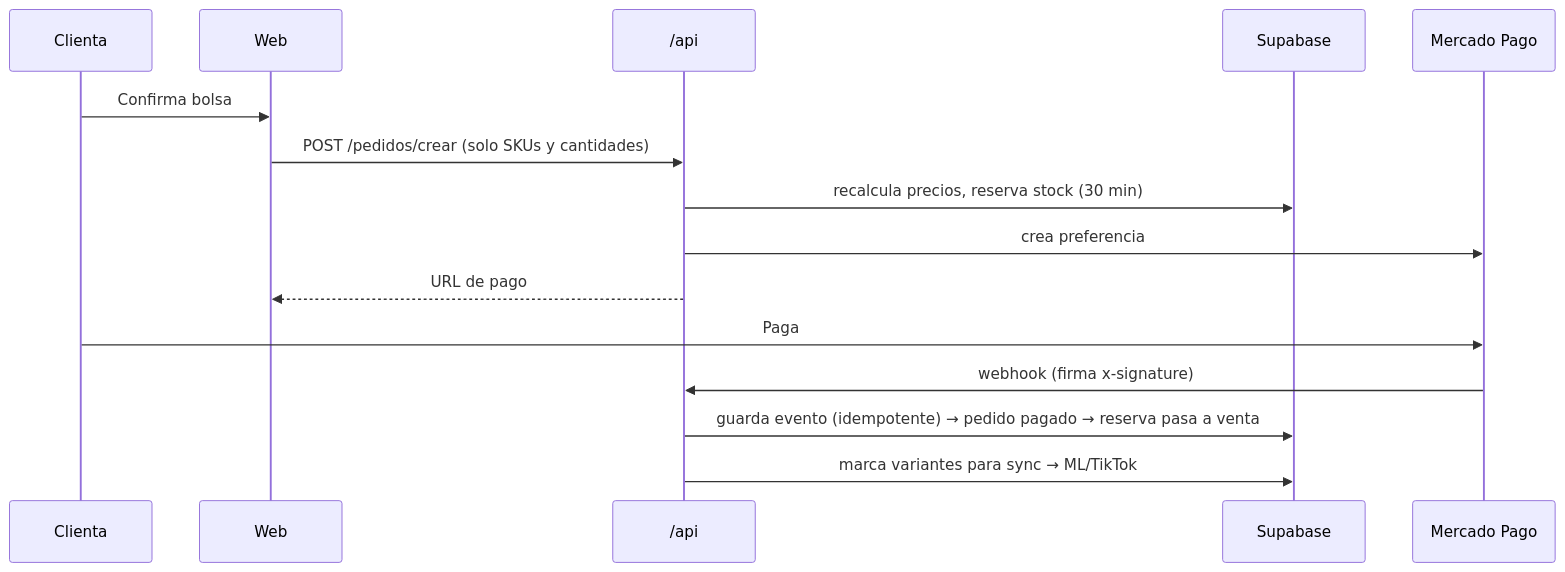
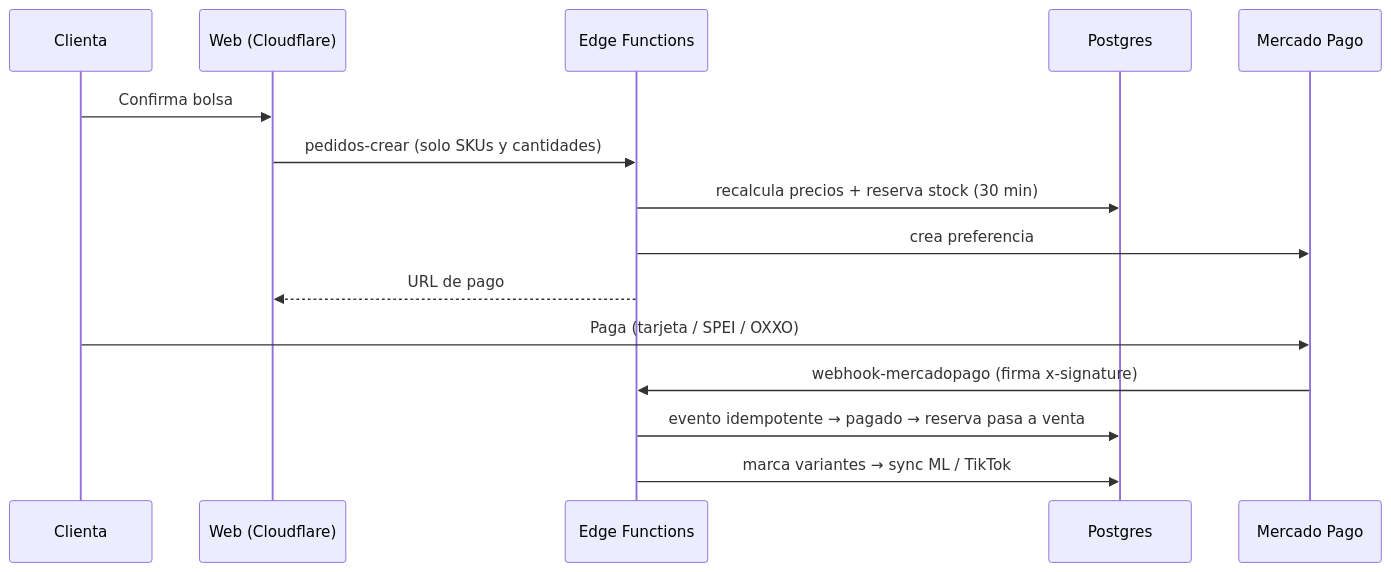
The second of 2 diagrams in docs/ARQUITECTURA.md (hummingxbi-source/Pupilentes-AGO), drawn with Mermaid before and after one commit. The commit also changed other lines of this file and 1 other file, not shown here.

First line of the commit message:
docs: backend en Supabase, ramas main (demo) / develop (nuevo) y fases

````diff
--- a/docs/ARQUITECTURA.md
+++ b/docs/ARQUITECTURA.md
@@ -186,17 +200,17 @@
 ```mermaid
 sequenceDiagram
   participant C as Clienta
-  participant W as Web
-  participant F as /api
-  participant DB as Supabase
+  participant W as Web (Cloudflare)
+  participant EF as Edge Functions
+  participant DB as Postgres
   participant MP as Mercado Pago
   C->>W: Confirma bolsa
-  W->>F: POST /pedidos/crear (solo SKUs y cantidades)
-  F->>DB: recalcula precios, reserva stock (30 min)
-  F->>MP: crea preferencia
-  F-->>W: URL de pago
-  C->>MP: Paga
-  MP->>F: webhook (firma x-signature)
-  F->>DB: guarda evento (idempotente) → pedido pagado → reserva pasa a venta
-  F->>DB: marca variantes para sync → ML/TikTok
+  W->>EF: pedidos-crear (solo SKUs y cantidades)
+  EF->>DB: recalcula precios + reserva stock (30 min)
+  EF->>MP: crea preferencia
+  EF-->>W: URL de pago
+  C->>MP: Paga (tarjeta / SPEI / OXXO)
+  MP->>EF: webhook-mercadopago (firma x-signature)
+  EF->>DB: evento idempotente → pagado → reserva pasa a venta
+  EF->>DB: marca variantes → sync ML / TikTok
 ```
````
